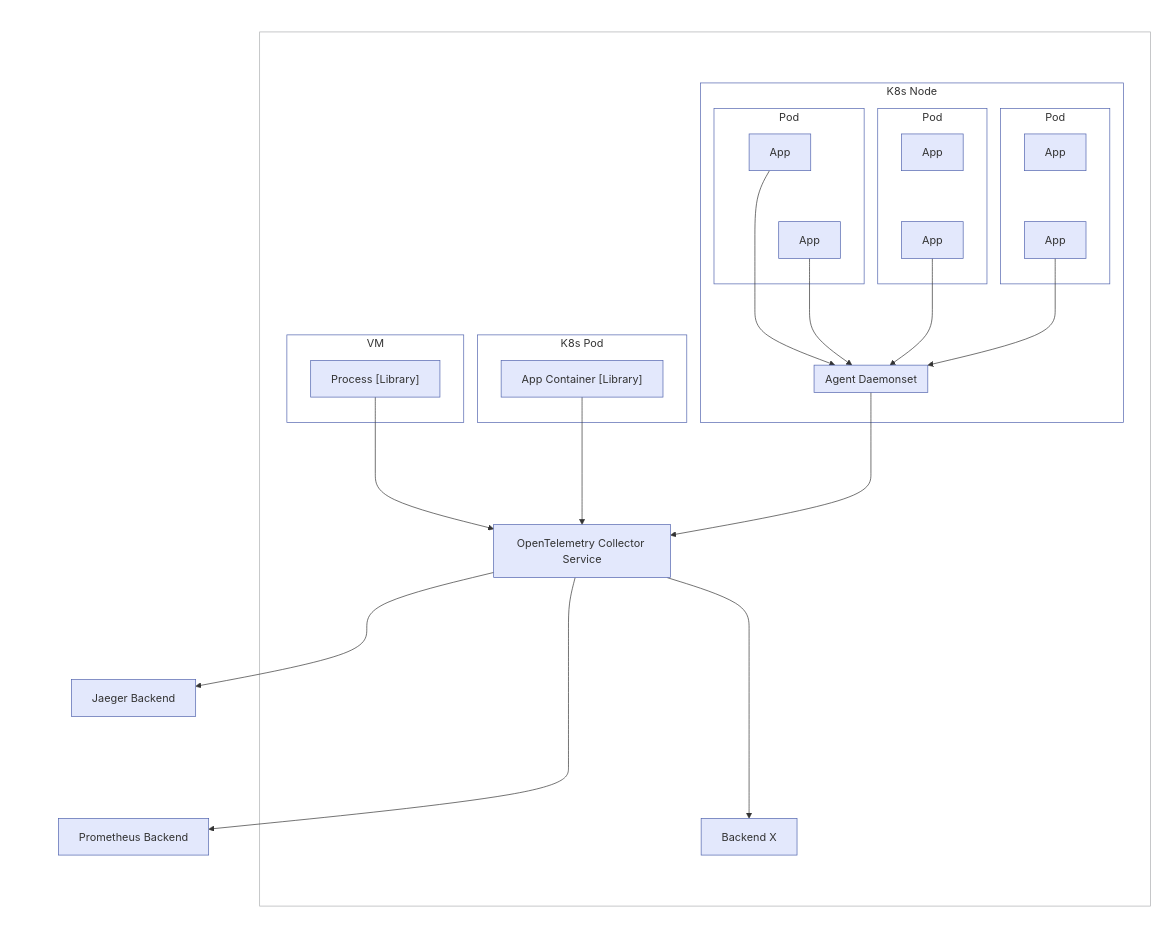
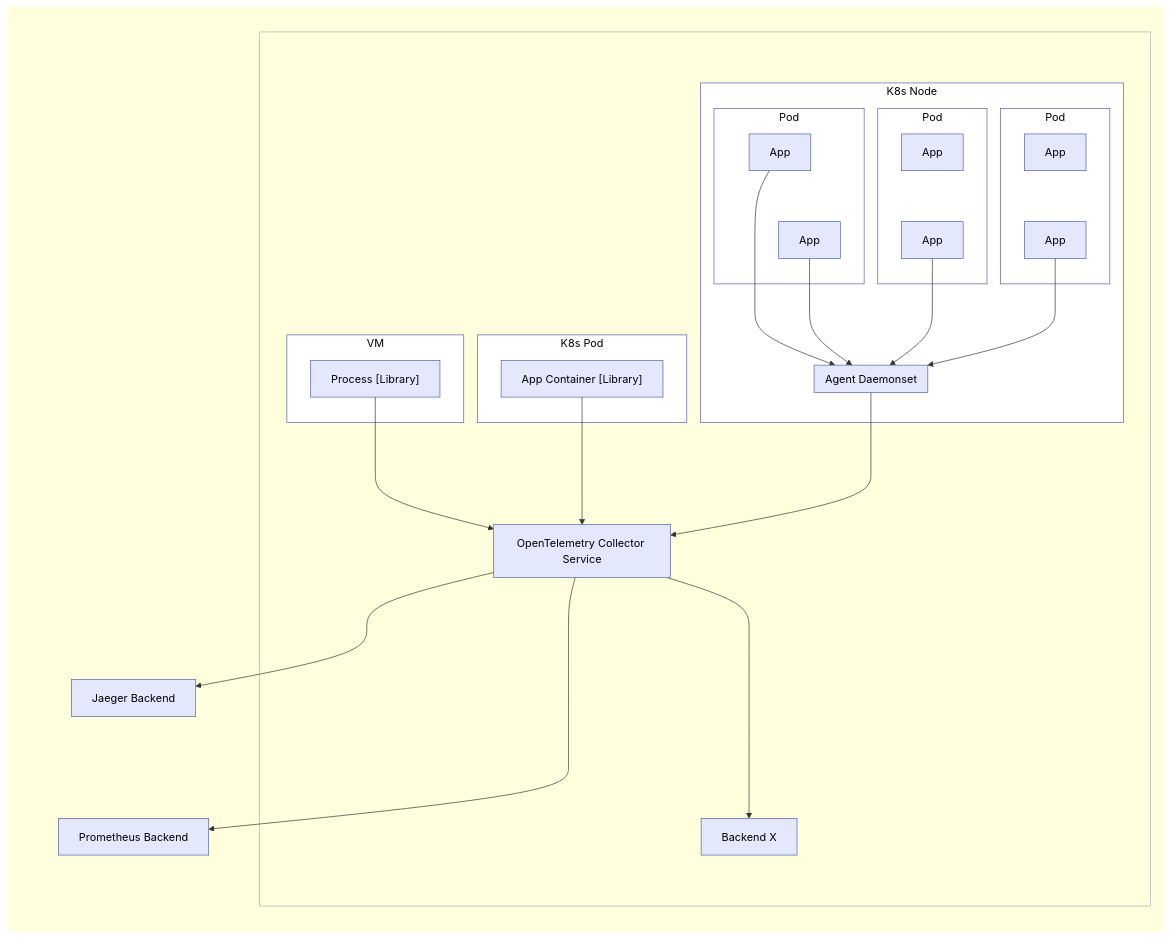
Before and after one commit to open-telemetry/opentelemetry.io: the seventh of 7 diagrams in content/en/docs/collector/architecture.md, drawn with Mermaid. The commit also changed other lines of this file, not shown here.

Commit message:
Make collector mermaid diagrams darkmode compatible

````diff
--- a/content/en/docs/collector/architecture.md
+++ b/content/en/docs/collector/architecture.md
@@ -365,58 +352,58 @@
 ```mermaid
 flowchart LR
-    subgraph S1 ["#nbsp;"]
-        subgraph S2 ["#nbsp;"]
+  subgraph S1 ["#nbsp;"]
+      subgraph S2 ["#nbsp;"]
         subgraph S3 ["#nbsp;"]
-        subgraph VM [VM]
-            PR["Process [Library]"]
-        end
-        subgraph K8s-pod [K8s Pod]
-            AC["`App Container [Library]`"]
-        end
-        subgraph K8s-node [K8s Node]
-            subgraph Pod1 [Pod]
-                APP1[App] ~~~ APP2[App]
-            end
-            subgraph Pod2 [Pod]
-                APP3[App] ~~~ APP4[App]
-            end
-            subgraph Pod3 [Pod]
-                APP5[App] ~~~ APP6[App]
-            end
-            subgraph AD [Agent Daemonset]
-            end
-            APP1 --> AD
-            APP2 --> AD
-            APP4 --> AD
-            APP6 --> AD
-        end
+          subgraph VM [VM]
+              PR["Process [Library]"]
+          end
+          subgraph K8s-pod [K8s Pod]
+              AC["`App Container [Library]`"]
+          end
+          subgraph K8s-node [K8s Node]
+              subgraph Pod1 [Pod]
+                  APP1[App] ~~~ APP2[App]
+              end
+              subgraph Pod2 [Pod]
+                  APP3[App] ~~~ APP4[App]
+              end
+              subgraph Pod3 [Pod]
+                  APP5[App] ~~~ APP6[App]
+              end
+              subgraph AD [Agent Daemonset]
+              end
+              APP1 --> AD
+              APP2 --> AD
+              APP4 --> AD
+              APP6 --> AD
+          end
         end
         subgraph S4 ["#nbsp;"]
             PR --> OTEL["`OpenTelemetry Collector Service`"]
             AC --> OTEL
             AD --> OTEL
             OTEL ---> BE[Backend X]
         end
-        end
-        subgraph S5 ["#nbsp;"]
+      end
+      subgraph S5 ["#nbsp;"]
         subgraph S6 ["#nbsp;"]
             JA[Jaeger Backend]
         end
         subgraph S7 ["#nbsp;"]
             PRM[Prometheus Backend]
         end
-        end
-        JA ~~~ PRM
-        OTEL --> JA
-        OTEL --> PRM
-    end
+      end
+      JA ~~~ PRM
+      OTEL --> JA
+      OTEL --> PRM
+  end
 
 class S1,S3,S4,S5,S6,S7,S8 noLines;
 class VM,K8s-pod,K8s-node,Pod1,Pod2,Pod3 withLines;
 class S2 lightLines
 class PR,AC,APP1,APP2,APP3,APP4,APP5,APP6,AD,OTEL,BE,JA,PRM nodeStyle
-classDef noLines fill:#fff,stroke:#fff,stroke-width:4px;
-classDef withLines fill:#fff,stroke:#4f62ad
-classDef lightLines fill:#fff,stroke:#acaeb0
-classDef nodeStyle fill:#e3e8fc,stroke:#4f62ad;
+classDef noLines stroke-width:0px,color:#000000;
+classDef withLines fill:#fff,stroke:#4f62ad,color:#000000;
+classDef lightLines stroke:#acaeb0,color:#000000;
+classDef nodeStyle fill:#e3e8fc,stroke:#4f62ad,color:#000000;
 ```
````
